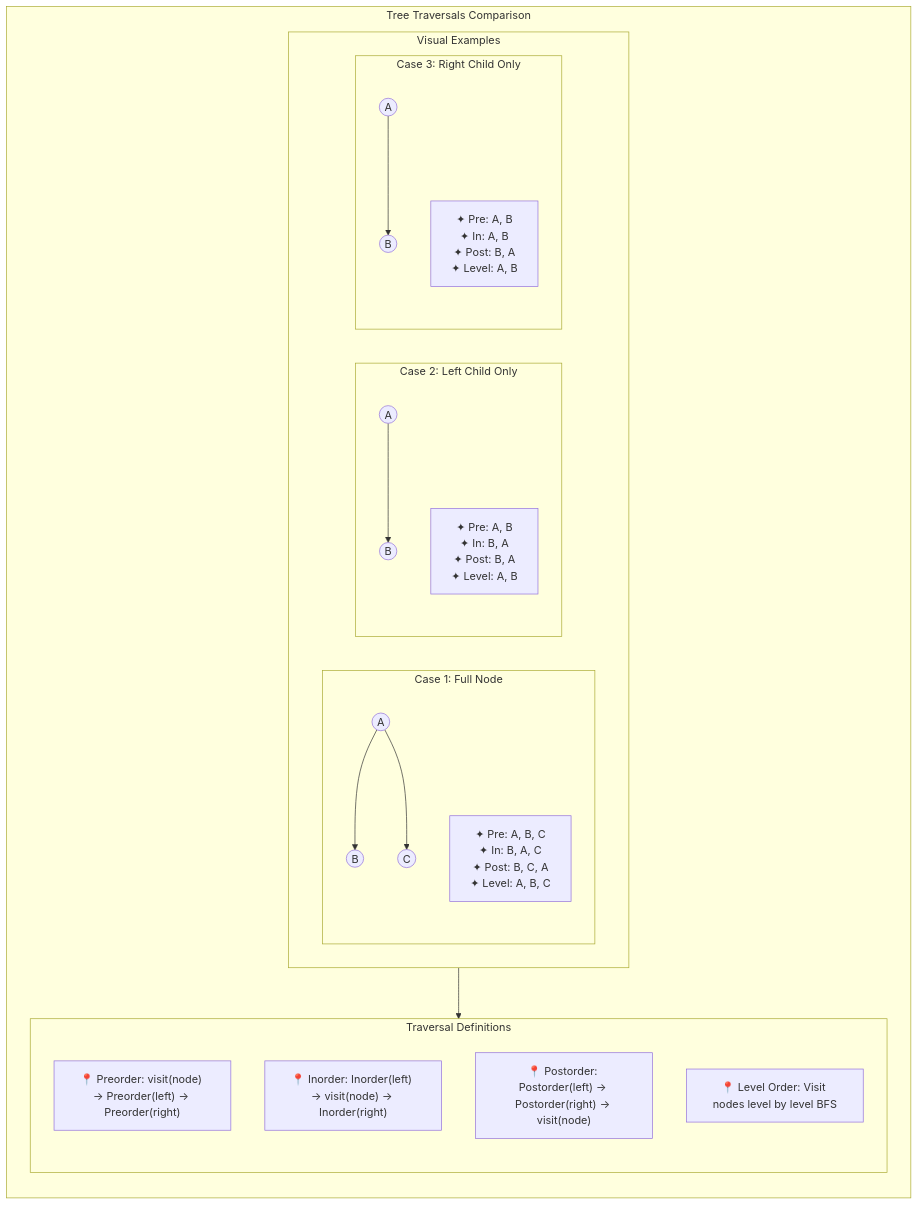
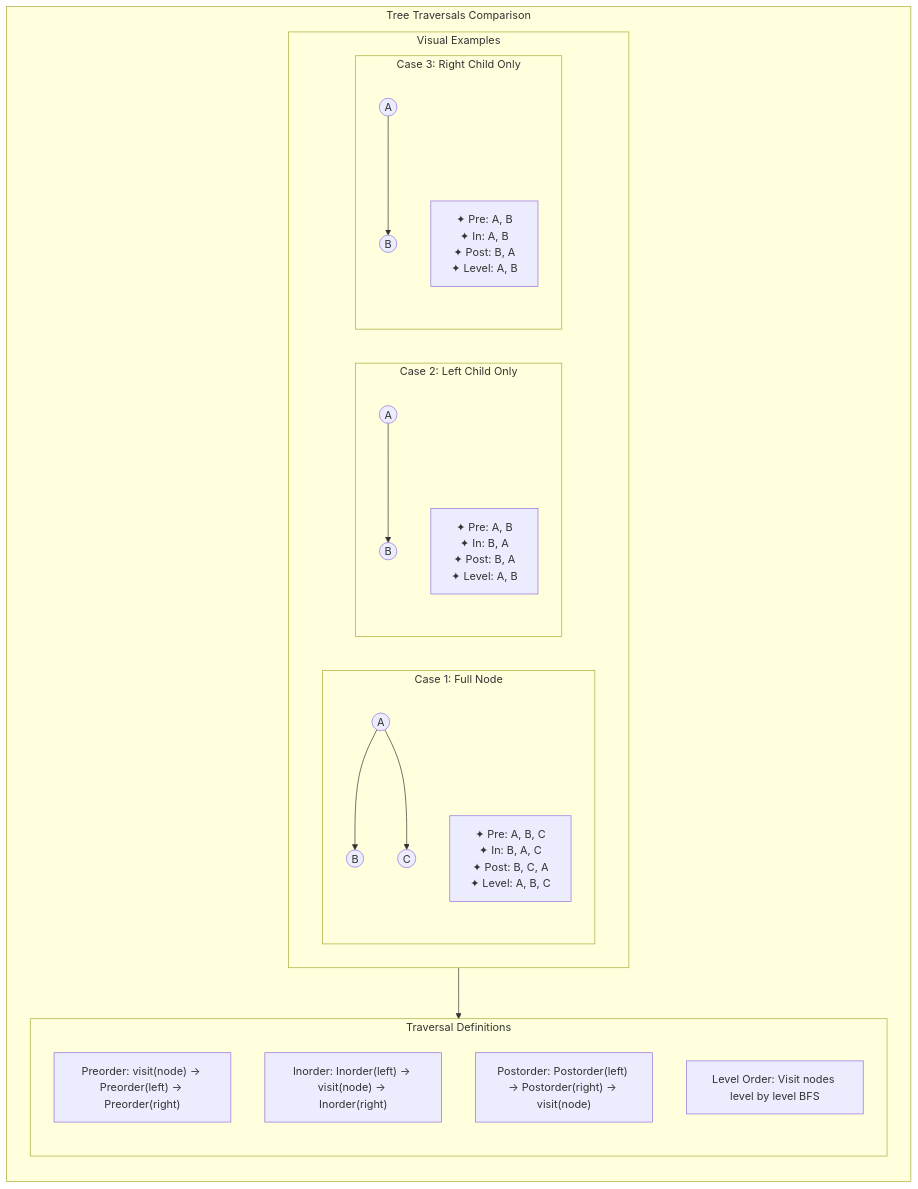
The third of 5 diagrams in README.md (HashimAbdulaziz/DataStructures_ITICourseLabs), drawn with Mermaid before and after one commit. The commit also changed other lines of this file, not shown here.

````diff
--- a/README.md
+++ b/README.md
@@ -224,48 +224,48 @@
 ```mermaid
 flowchart TB
     %% Main Container
     subgraph Main ["Tree Traversals Comparison"]
         direction TB
 
         %% Top Section: The Three Examples
         subgraph Examples ["Visual Examples"]
             direction LR
 
             %% Case 1: Full Tree
             subgraph Ex1 ["Case 1: Full Node"]
                 direction TB
                 A1((A)) --> B1((B))
                 A1 --> C1((C))
                 
                 Res1["✦ Pre: A, B, C<br/>✦ In: B, A, C<br/>✦ Post: B, C, A<br/>✦ Level: A, B, C"]
             end
 
             %% Case 2: Left Skewed
             subgraph Ex2 ["Case 2: Left Child Only"]
                 direction TB
                 A2((A)) --> B2((B))
                 
                 Res2["✦ Pre: A, B<br/>✦ In: B, A<br/>✦ Post: B, A<br/>✦ Level: A, B"]
             end
 
             %% Case 3: Right Skewed
             subgraph Ex3 ["Case 3: Right Child Only"]
                 direction TB
                 A3((A)) --> B3((B))
                 
                 Res3["✦ Pre: A, B<br/>✦ In: A, B<br/>✦ Post: B, A<br/>✦ Level: A, B"]
             end
         end
 
         %% Bottom Section: Definitions
         subgraph Rules ["Traversal Definitions"]
             direction TB
-            D1["📍 Preorder: visit(node) → Preorder(left) → Preorder(right)"]
-            D2["📍 Inorder: Inorder(left) → visit(node) → Inorder(right)"]
-            D3["📍 Postorder: Postorder(left) → Postorder(right) → visit(node)"]
-            D4["📍 Level Order: Visit nodes level by level BFS"]
+            D1["Preorder: visit(node) → Preorder(left) → Preorder(right)"]
+            D2["Inorder: Inorder(left) → visit(node) → Inorder(right)"]
+            D3["Postorder: Postorder(left) → Postorder(right) → visit(node)"]
+            D4["Level Order: Visit nodes level by level BFS"]
         end
     end
 
     Examples --> Rules
 ```
````
